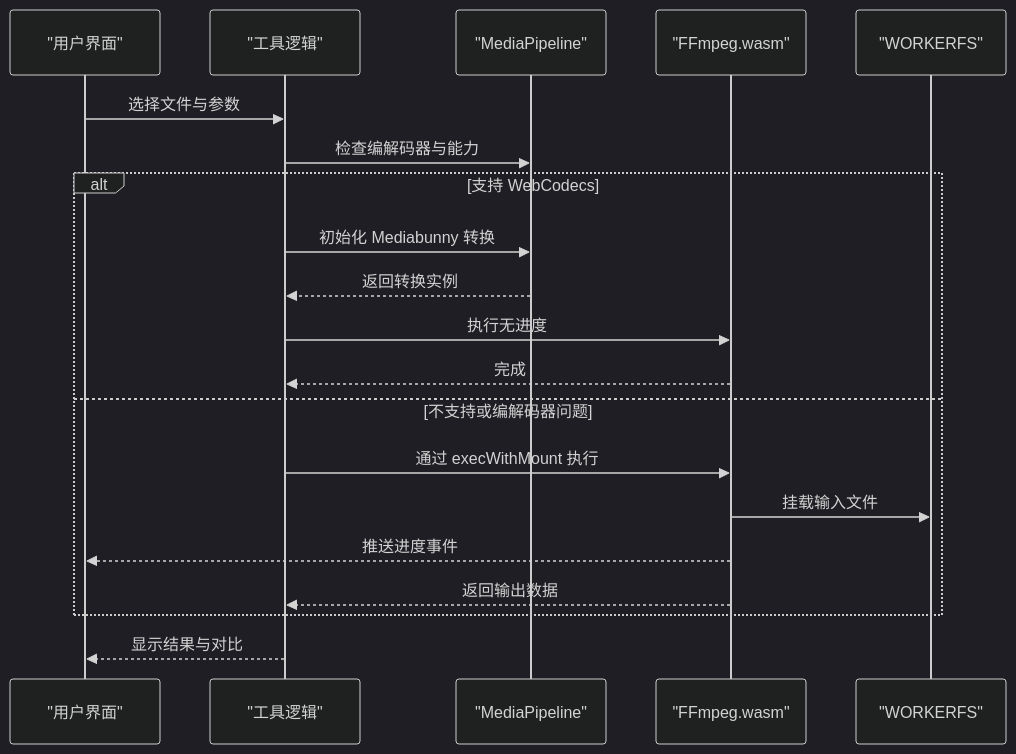
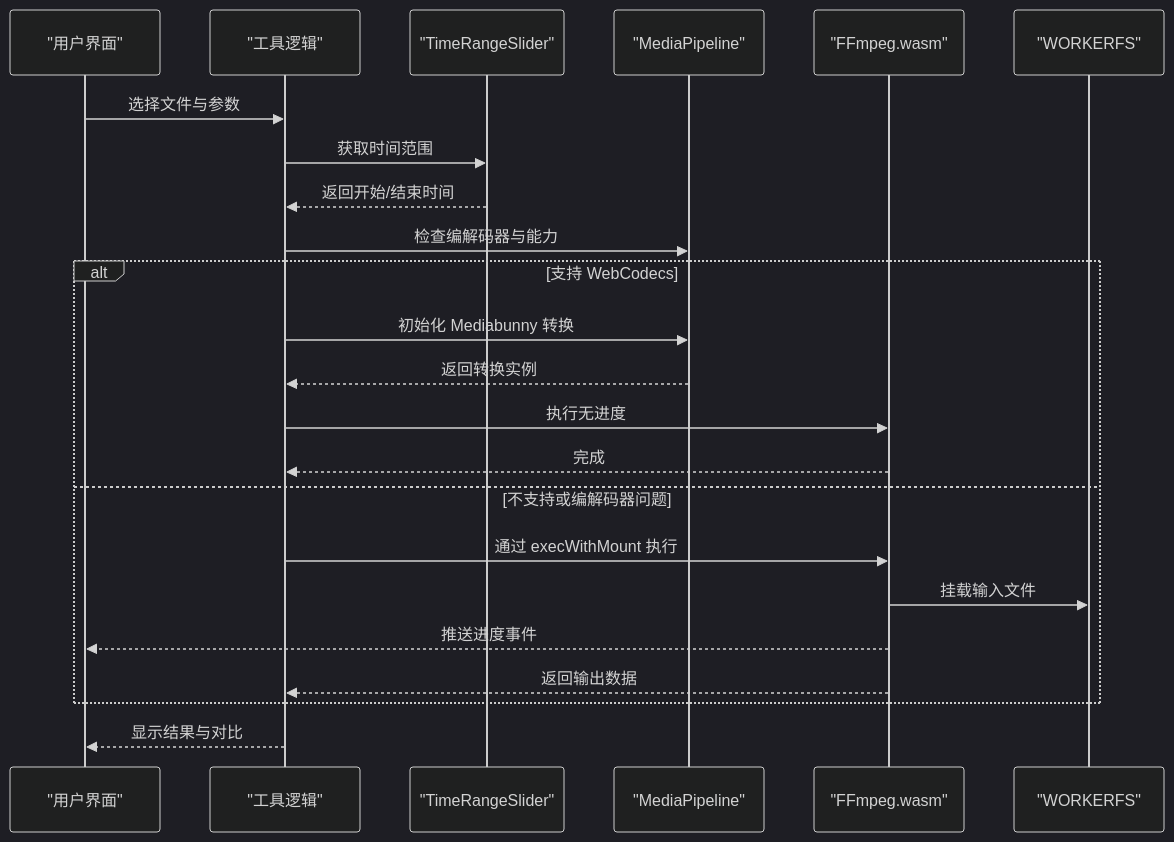
The second of 7 diagrams in .qoder/repowiki/zh/content/视频工具/视频工具.md (sgyy/privadeck), drawn with Mermaid (dark theme) before and after one commit. The commit also changed other lines of this file and 3 other files, not shown here.

````diff
--- a/.qoder/repowiki/zh/content/视频工具/视频工具.md
+++ b/.qoder/repowiki/zh/content/视频工具/视频工具.md
@@ -117,22 +158,25 @@
 ```mermaid
 sequenceDiagram
 participant U as "用户界面"
 participant T as "工具逻辑"
+participant TRS as "TimeRangeSlider"
 participant P as "MediaPipeline"
 participant E as "FFmpeg.wasm"
 participant W as "WORKERFS"
 U->>T : 选择文件与参数
+T->>TRS : 获取时间范围
+TRS-->>T : 返回开始/结束时间
 T->>P : 检查编解码器与能力
 alt 支持 WebCodecs
 T->>P : 初始化 Mediabunny 转换
 P-->>T : 返回转换实例
 T->>E : 执行无进度
 E-->>T : 完成
 else 不支持或编解码器问题
 T->>E : 通过 execWithMount 执行
 E->>W : 挂载输入文件
 E-->>U : 推送进度事件
 E-->>T : 返回输出数据
 end
 T-->>U : 显示结果与对比
 ```
````
